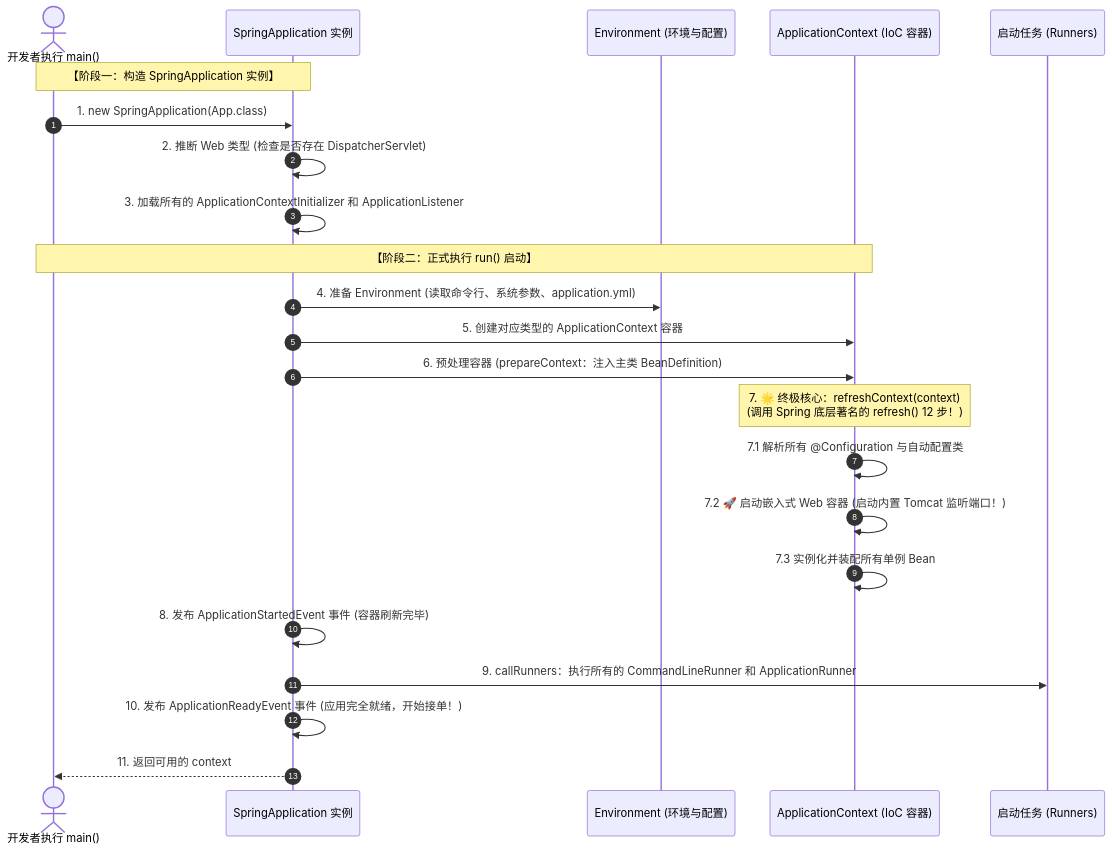
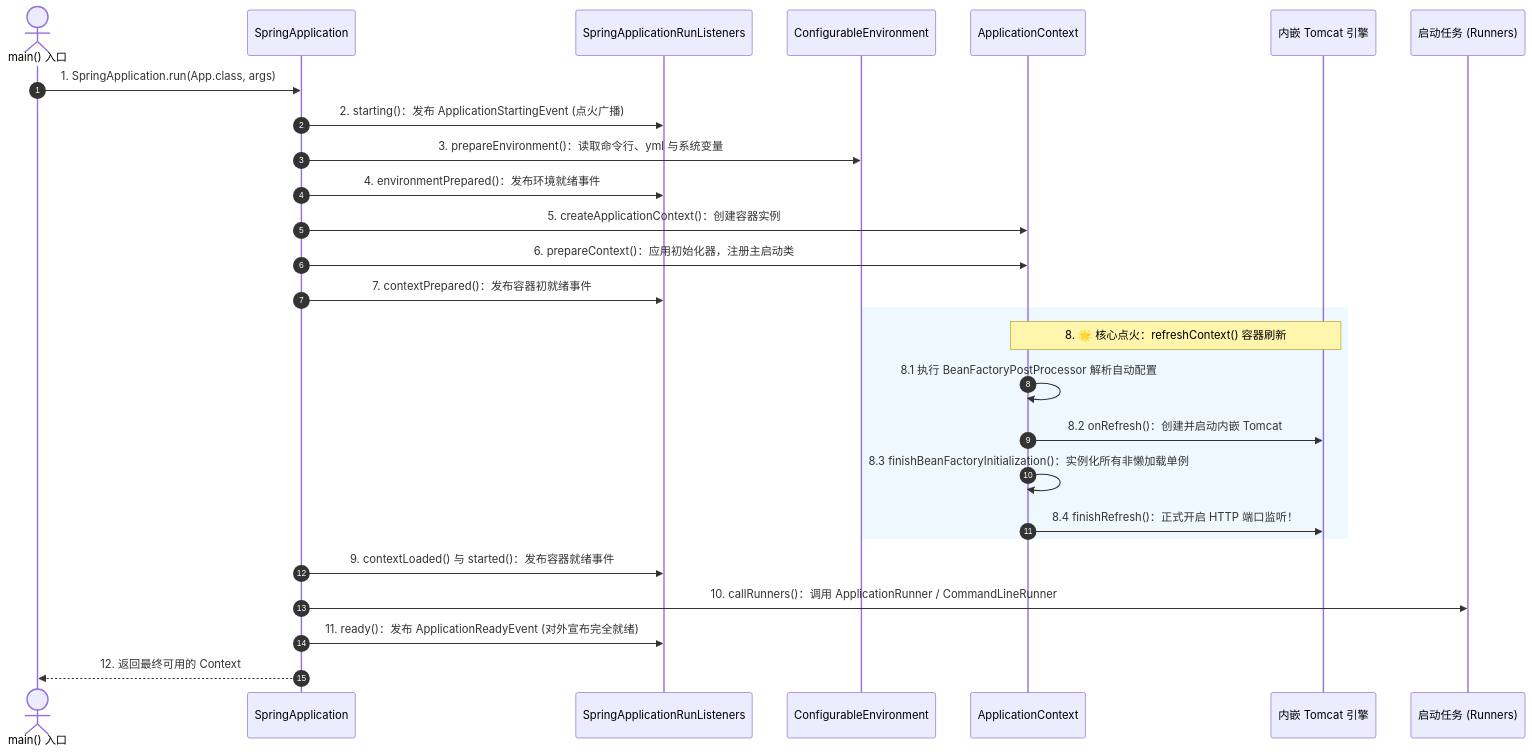
One commit to GuoWWWX/knowledge-base changed the second of 4 diagrams in 20-Java后端/04-Spring生态/10-SpringBoot启动流程.md. Above: the diagram before and after it, drawn with Mermaid. The commit also changed other lines of this file and 1 other file, not shown here.

Commit message:
docs(spring): 深度重构 Spring Boot 启动流程与生产运维 Actuator（补齐7大启动事件、Tomcat延迟开端口、K8s探针与无损停机）

````diff
--- a/20-Java后端/04-Spring生态/10-SpringBoot启动流程.md
+++ b/20-Java后端/04-Spring生态/10-SpringBoot启动流程.md
@@ -40,29 +69,32 @@
 ```mermaid
 sequenceDiagram
     autonumber
-    actor Dev as 开发者执行 main()
-    participant App as SpringApplication 实例
-    participant Env as Environment (环境与配置)
-    participant Context as ApplicationContext (IoC 容器)
+    actor Dev as main() 入口
+    participant App as SpringApplication
+    participant Listeners as SpringApplicationRunListeners
+    participant Env as ConfigurableEnvironment
+    participant Context as ApplicationContext
+    participant Tomcat as 内嵌 Tomcat 引擎
     participant Runners as 启动任务 (Runners)
 
-    Note over Dev, App: 【阶段一：构造 SpringApplication 实例】
-    Dev->>App: 1. new SpringApplication(App.class)
-    App->>App: 2. 推断 Web 类型 (检查是否存在 DispatcherServlet)
-    App->>App: 3. 加载所有的 ApplicationContextInitializer 和 ApplicationListener
+    Dev->>App: 1. SpringApplication.run(App.class, args)
+    App->>Listeners: 2. starting()：发布 ApplicationStartingEvent (点火广播)
+    App->>Env: 3. prepareEnvironment()：读取命令行、yml 与系统变量
+    App->>Listeners: 4. environmentPrepared()：发布环境就绪事件
+    App->>Context: 5. createApplicationContext()：创建容器实例
+    App->>Context: 6. prepareContext()：应用初始化器，注册主启动类
+    App->>Listeners: 7. contextPrepared()：发布容器初就绪事件
+    
+    rect rgb(240, 248, 255)
+    Note over Context, Tomcat: 8. 🌟 核心点火：refreshContext() 容器刷新
+    Context->>Context: 8.1 执行 BeanFactoryPostProcessor 解析自动配置
+    Context->>Tomcat: 8.2 onRefresh()：创建并启动内嵌 Tomcat
+    Context->>Context: 8.3 finishBeanFactoryInitialization()：实例化所有非懒加载单例
+    Context->>Tomcat: 8.4 finishRefresh()：正式开启 HTTP 端口监听！
+    end
 
-    Note over Dev, Context: 【阶段二：正式执行 run() 启动】
-    App->>Env: 4. 准备 Environment (读取命令行、系统参数、application.yml)
-    App->>Context: 5. 创建对应类型的 ApplicationContext 容器
-    App->>Context: 6. 预处理容器 (prepareContext：注入主类 BeanDefinition)
-    
-    Note over Context: 7. 🌟 终极核心：refreshContext(context)<br/>(调用 Spring 底层著名的 refresh() 12 步！)
-    Context->>Context: 7.1 解析所有 @Configuration 与自动配置类
-    Context->>Context: 7.2 🚀 启动嵌入式 Web 容器 (启动内置 Tomcat 监听端口！)
-    Context->>Context: 7.3 实例化并装配所有单例 Bean
-    
-    App->>App: 8. 发布 ApplicationStartedEvent 事件 (容器刷新完毕)
-    App->>Runners: 9. callRunners：执行所有的 CommandLineRunner 和 ApplicationRunner
-    App->>App: 10. 发布 ApplicationReadyEvent 事件 (应用完全就绪，开始接单！)
-    App-->>Dev: 11. 返回可用的 context
+    App->>Listeners: 9. contextLoaded() 与 started()：发布容器就绪事件
+    App->>Runners: 10. callRunners()：调用 ApplicationRunner / CommandLineRunner
+    App->>Listeners: 11. ready()：发布 ApplicationReadyEvent (对外宣布完全就绪)
+    App-->>Dev: 12. 返回最终可用的 Context
 ```
````
